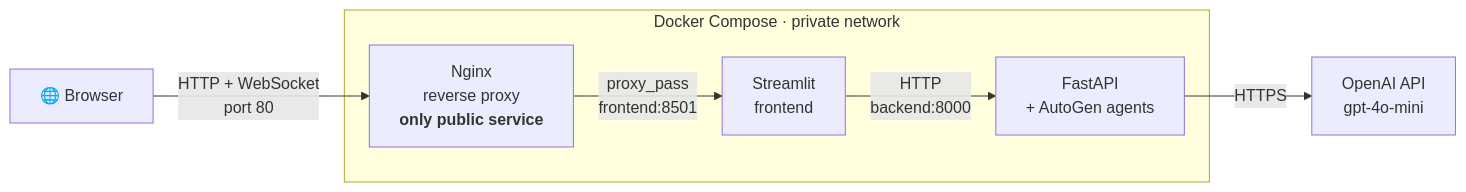
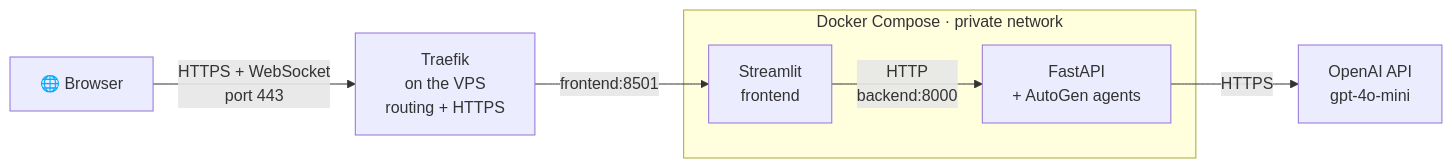
One commit to prakashpa-codes/autogen-multiagent-docker-agentdesk changed the second of 3 diagrams in README.md. Above: the diagram before and after it, drawn with Mermaid. The commit also changed other lines of this file and 2 other files, not shown here.

Commit message:
Replace Nginx with Traefik labels for VPS deploy

````diff
--- a/README.md
+++ b/README.md
@@ -116,9 +116,10 @@
 ```mermaid
 flowchart LR
-    B["🌐 Browser"] -->|"HTTP + WebSocket<br/>port 80"| N
+    B["🌐 Browser"] -->|"HTTPS + WebSocket<br/>port 443"| T["Traefik<br/>on the VPS<br/>routing + HTTPS"]
+    T -->|"frontend:8501"| F
     subgraph D["Docker Compose · private network"]
-        N["Nginx<br/>reverse proxy<br/><b>only public service</b>"] -->|"proxy_pass<br/>frontend:8501"| F["Streamlit<br/>frontend"]
+        F["Streamlit<br/>frontend"]
         F -->|"HTTP<br/>backend:8000"| BE["FastAPI<br/>+ AutoGen agents"]
     end
     BE -->|HTTPS| O["OpenAI API<br/>gpt-4o-mini"]
 ```
````
